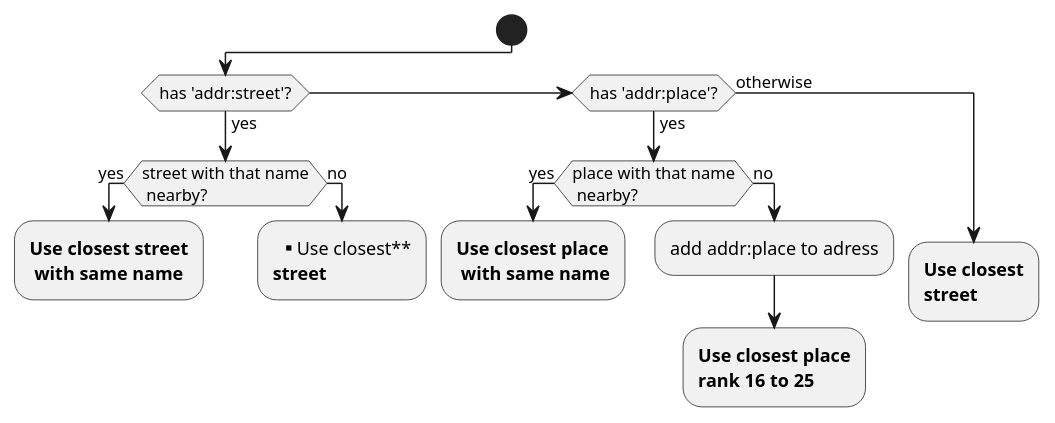
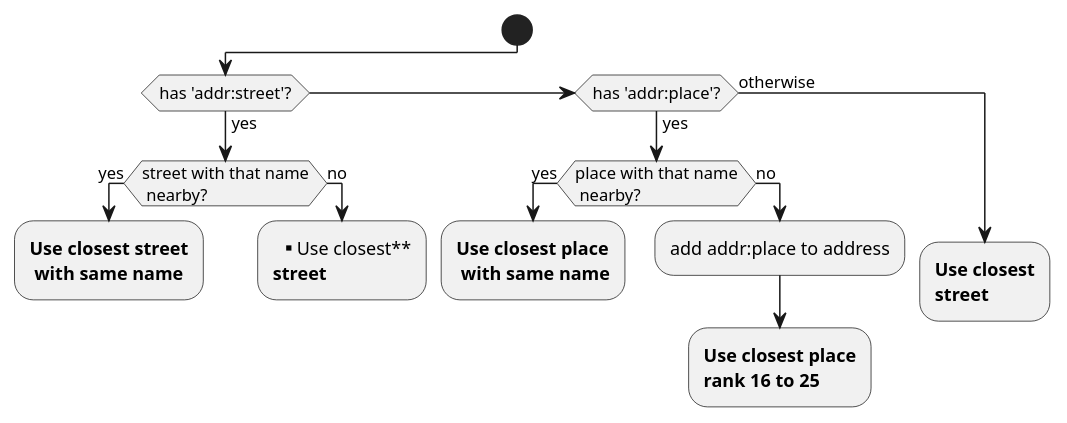
Before and after one commit to osm-search/Nominatim: the diagram in docs/develop/parenting-flow.plantuml, drawn with PlantUML. The commit also changed 44 other files, not shown here.

```diff
--- a/docs/develop/parenting-flow.plantuml
+++ b/docs/develop/parenting-flow.plantuml
@@ -1,31 +1,31 @@
 @startuml
 skinparam monochrome true
 
 start
 
 if (has 'addr:street'?) then (yes)
   if (street with that name\n nearby?) then (yes)
     :**Use closest street**
      **with same name**;
      kill
   else (no)
     :** Use closest**\n**street**;
      kill
   endif
 elseif (has 'addr:place'?) then (yes)
   if (place with that name\n nearby?) then (yes)
     :**Use closest place**
      **with same name**;
      kill
   else (no)
-    :add addr:place to adress;
+    :add addr:place to address;
     :**Use closest place**\n**rank 16 to 25**;
      kill
   endif
 else (otherwise)
  :**Use closest**\n**street**;
  kill
 endif
 
 
 @enduml
```
